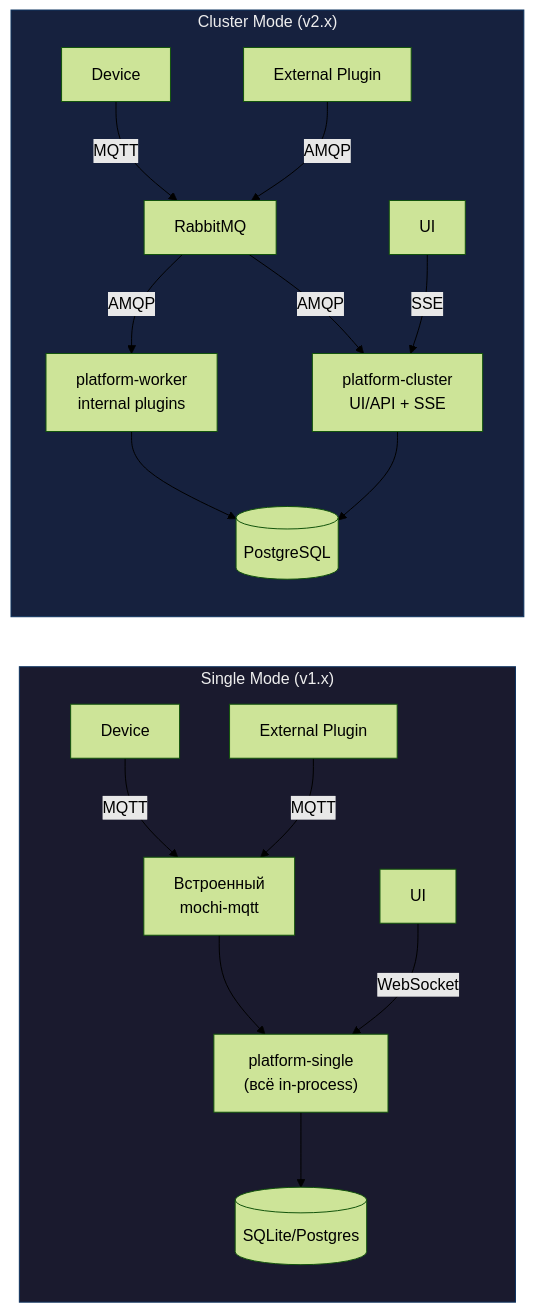
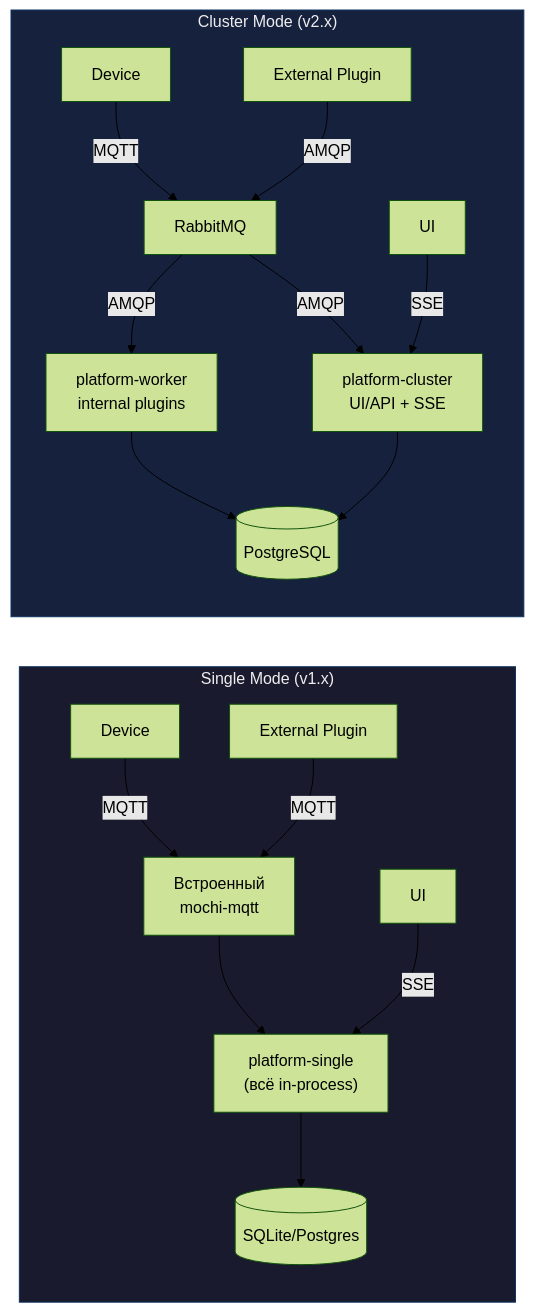
One commit to darvik80/iot-platform-go changed the second of 7 diagrams in docs/ru/17-ha-architecture.md. Above: the diagram before and after it, drawn with Mermaid (forest theme). The commit also changed other lines of this file and 8 other files, not shown here.

````diff
--- a/docs/ru/17-ha-architecture.md
+++ b/docs/ru/17-ha-architecture.md
@@ -154,23 +154,23 @@
 ```mermaid
 graph LR
     subgraph Single["Single Mode (v1.x)"]
         S_DEV["Device"] -->|"MQTT"| S_BROKER["Встроенный<br/>mochi-mqtt"]
         S_BROKER --> S_APP["platform-single<br/>(всё in-process)"]
         S_APP --> S_DB[("SQLite/Postgres")]
-        S_UI["UI"] -->|"WebSocket"| S_APP
+        S_UI["UI"] -->|"SSE"| S_APP
         S_EP["External Plugin"] -->|"MQTT"| S_BROKER
     end
 
     subgraph Cluster["Cluster Mode (v2.x)"]
         C_DEV["Device"] -->|"MQTT"| C_MQ["RabbitMQ"]
         C_MQ -->|"AMQP"| C_CI["platform-cluster<br/>UI/API + SSE"]
         C_MQ -->|"AMQP"| C_W["platform-worker<br/>internal plugins"]
         C_CI --> C_PG[("PostgreSQL")]
         C_W --> C_PG
         C_UI["UI"] -->|"SSE"| C_CI
         C_EP["External Plugin"] -->|"AMQP"| C_MQ
     end
 
     style Single fill:#1a1a2e,stroke:#0f3460,color:#eee
     style Cluster fill:#16213e,stroke:#0f3460,color:#eee
 ```
````
